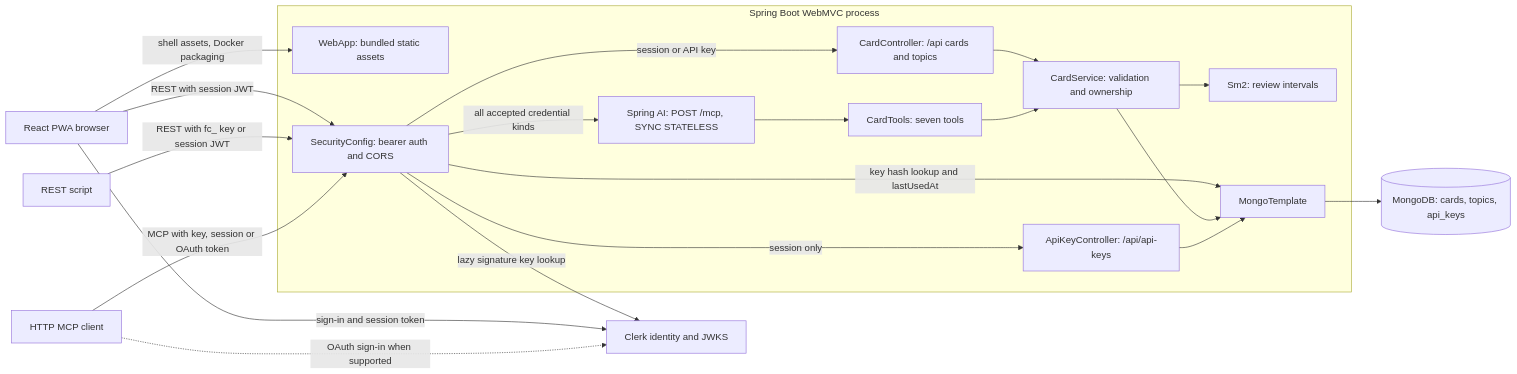
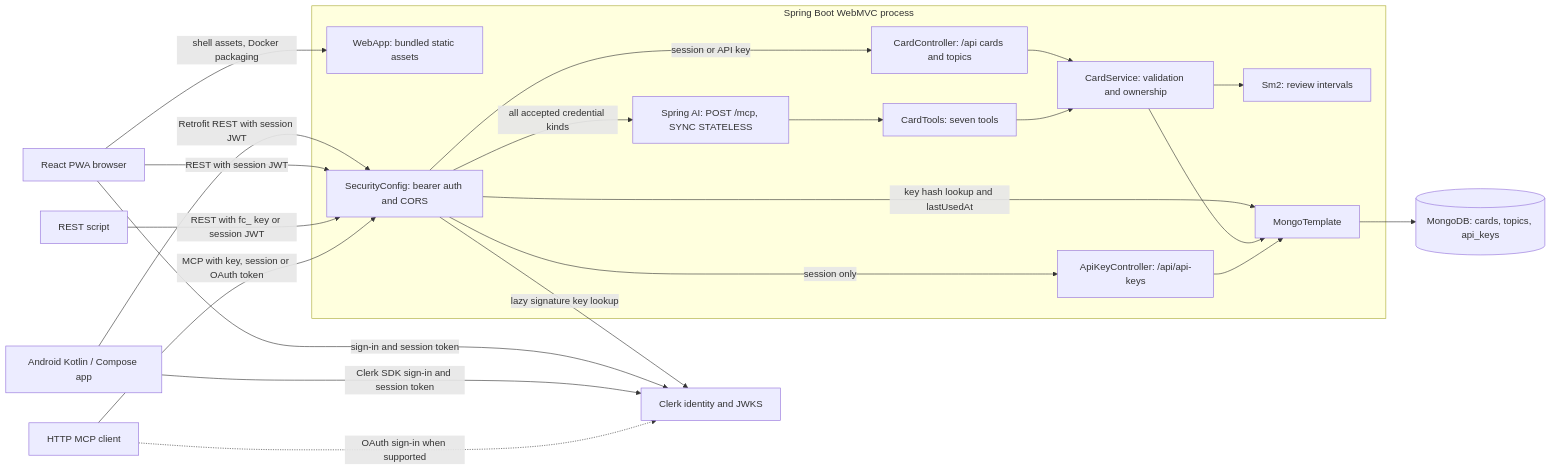
One commit to dkarthick-works/brainrot changed the diagram in docs/architecture.mmd. Above: the diagram before and after it, drawn with Mermaid. The commit also changed 4 other files, not shown here.

```diff
--- a/docs/architecture.mmd
+++ b/docs/architecture.mmd
@@ -1,35 +1,38 @@
 flowchart LR
     Browser["React PWA browser"]
+    Android["Android Kotlin / Compose app"]
     Agent["HTTP MCP client"]
     Script["REST script"]
     Clerk["Clerk identity and JWKS"]
     subgraph Server["Spring Boot WebMVC process"]
         Static["WebApp: bundled static assets"]
         Security["SecurityConfig: bearer auth and CORS"]
         Rest["CardController: /api cards and topics"]
         Keys["ApiKeyController: /api/api-keys"]
         MCP["Spring AI: POST /mcp, SYNC STATELESS"]
         Tools["CardTools: seven tools"]
         Service["CardService: validation and ownership"]
         SM2["Sm2: review intervals"]
         Mongo["MongoTemplate"]
     end
     DB[("MongoDB: cards, topics, api_keys")]
     Browser -->|"shell assets, Docker packaging"| Static
     Browser -->|"sign-in and session token"| Clerk
+    Android -->|"Clerk SDK sign-in and session token"| Clerk
+    Android -->|"Retrofit REST with session JWT"| Security
     Agent -.->|"OAuth sign-in when supported"| Clerk
     Browser -->|"REST with session JWT"| Security
     Script -->|"REST with fc_ key or session JWT"| Security
     Agent -->|"MCP with key, session or OAuth token"| Security
     Security -->|"lazy signature key lookup"| Clerk
     Security -->|"key hash lookup and lastUsedAt"| Mongo
     Security -->|"session or API key"| Rest
     Security -->|"session only"| Keys
     Security -->|"all accepted credential kinds"| MCP
     MCP --> Tools
     Rest --> Service
     Tools --> Service
     Service --> SM2
     Service --> Mongo
     Keys --> Mongo
     Mongo --> DB
```
